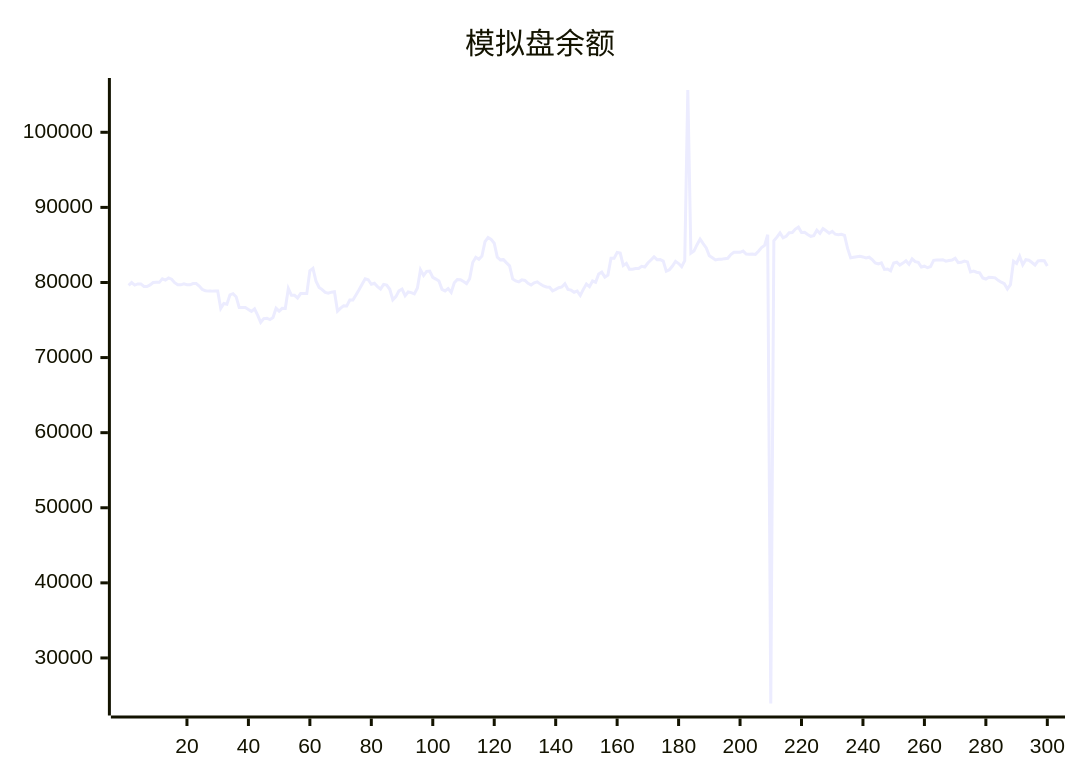
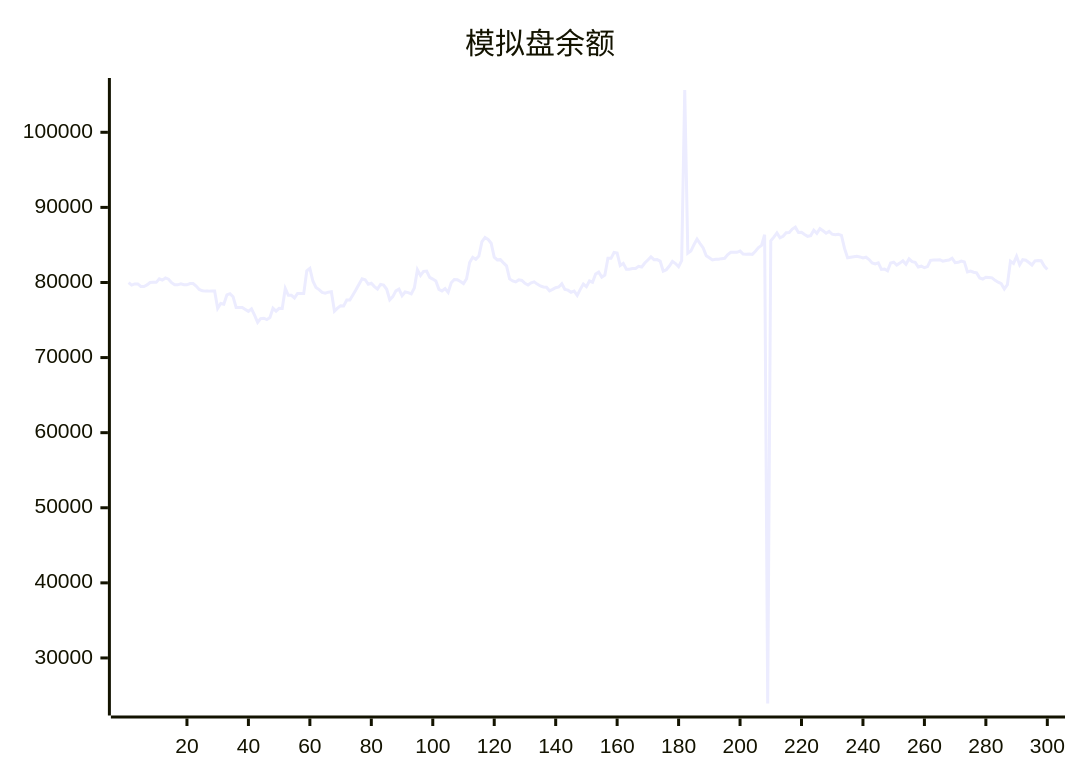
The diagram in README.md (aahl/ai-trading), drawn with Mermaid before and after one commit. The commit also changed other lines of this file and 1 other file, not shown here.

````diff
--- a/README.md
+++ b/README.md
@@ -5,5 +5,5 @@
 ```mermaid
 xychart
     title "模拟盘余额"
-    line [79603,79988,79652,79813,79813,79476,79469,79673,79995,80015,80015,80486,80314,80600,80436,79966,79689,79689,79819,79692,79692,79850,79850,79518,79071,78889,78850,78850,78878,78878,76554,77202,77103,78357,78510,78106,76678,76677,76672,76411,76159,76485,75656,74695,75197,75246,75052,75334,76564,76179,76553,76551,79196,78300,78300,77944,78531,78531,78521,81564,81884,80160,79335,79055,78675,78580,78708,78764,76179,76586,76902,76876,77658,77669,78346,79023,79769,80497,80366,79761,79896,79448,79126,79749,79658,79097,77695,78114,78888,79126,78249,78738,78653,78478,79271,81680,80923,81488,81527,80681,80455,80190,79084,78879,79193,78686,79954,80403,80374,80118,79848,80491,82665,83351,83098,83525,85430,85983,85737,85221,83378,83014,83043,82613,82216,80477,80208,80081,80348,80277,79894,79670,79965,80093,79786,79542,79406,79371,78893,79087,79304,79406,79841,79072,78978,78696,78846,78272,79085,79787,79442,80198,80031,81120,81379,80718,80985,83214,83212,83993,83921,82270,82547,81776,81776,81866,81866,82158,82061,82596,83000,83408,83041,83050,82858,81503,81691,82188,82812,82517,82092,82901,105633,83898,84180,85030,85781,85178,84604,83569,83298,83008,83093,83107,83175,83228,83729,84025,84017,84019,84177,83775,83762,83785,83738,84160,84639,84939,86370,23934,85548,86046,86599,85942,86161,86622,86664,87115,87369,86666,86685,86384,86152,86243,86969,86548,87164,86885,86566,86809,86427,86348,86417,86273,84538,83299,83369,83430,83490,83404,83270,83362,83056,82605,82459,82614,81734,81788,81551,82598,82702,82320,82580,82878,82426,83139,82778,82686,82056,82166,81963,82110,82951,82983,82984,83038,82838,82915,82998,83235,82642,82682,82858,82746,81396,81512,81362,81277,80600,80461,80699,80673,80616,80288,80038,79836,79142,79722,82837,82533,83480,82366,83032,82960,82654,82330,82883,82934,82901,82188]
+    line [79988,79652,79813,79813,79476,79469,79673,79995,80015,80015,80486,80314,80600,80436,79966,79689,79689,79819,79692,79692,79850,79850,79518,79071,78889,78850,78850,78878,78878,76554,77202,77103,78357,78510,78106,76678,76677,76672,76411,76159,76485,75656,74695,75197,75246,75052,75334,76564,76179,76553,76551,79196,78300,78300,77944,78531,78531,78521,81564,81884,80160,79335,79055,78675,78580,78708,78764,76179,76586,76902,76876,77658,77669,78346,79023,79769,80497,80366,79761,79896,79448,79126,79749,79658,79097,77695,78114,78888,79126,78249,78738,78653,78478,79271,81680,80923,81488,81527,80681,80455,80190,79084,78879,79193,78686,79954,80403,80374,80118,79848,80491,82665,83351,83098,83525,85430,85983,85737,85221,83378,83014,83043,82613,82216,80477,80208,80081,80348,80277,79894,79670,79965,80093,79786,79542,79406,79371,78893,79087,79304,79406,79841,79072,78978,78696,78846,78272,79085,79787,79442,80198,80031,81120,81379,80718,80985,83214,83212,83993,83921,82270,82547,81776,81776,81866,81866,82158,82061,82596,83000,83408,83041,83050,82858,81503,81691,82188,82812,82517,82092,82901,105633,83898,84180,85030,85781,85178,84604,83569,83298,83008,83093,83107,83175,83228,83729,84025,84017,84019,84177,83775,83762,83785,83738,84160,84639,84939,86370,23934,85548,86046,86599,85942,86161,86622,86664,87115,87369,86666,86685,86384,86152,86243,86969,86548,87164,86885,86566,86809,86427,86348,86417,86273,84538,83299,83369,83430,83490,83404,83270,83362,83056,82605,82459,82614,81734,81788,81551,82598,82702,82320,82580,82878,82426,83139,82778,82686,82056,82166,81963,82110,82951,82983,82984,83038,82838,82915,82998,83235,82642,82682,82858,82746,81396,81512,81362,81277,80600,80461,80699,80673,80616,80288,80038,79836,79142,79722,82837,82533,83480,82366,83032,82960,82654,82330,82883,82934,82901,82188,81728]
 ```
````
